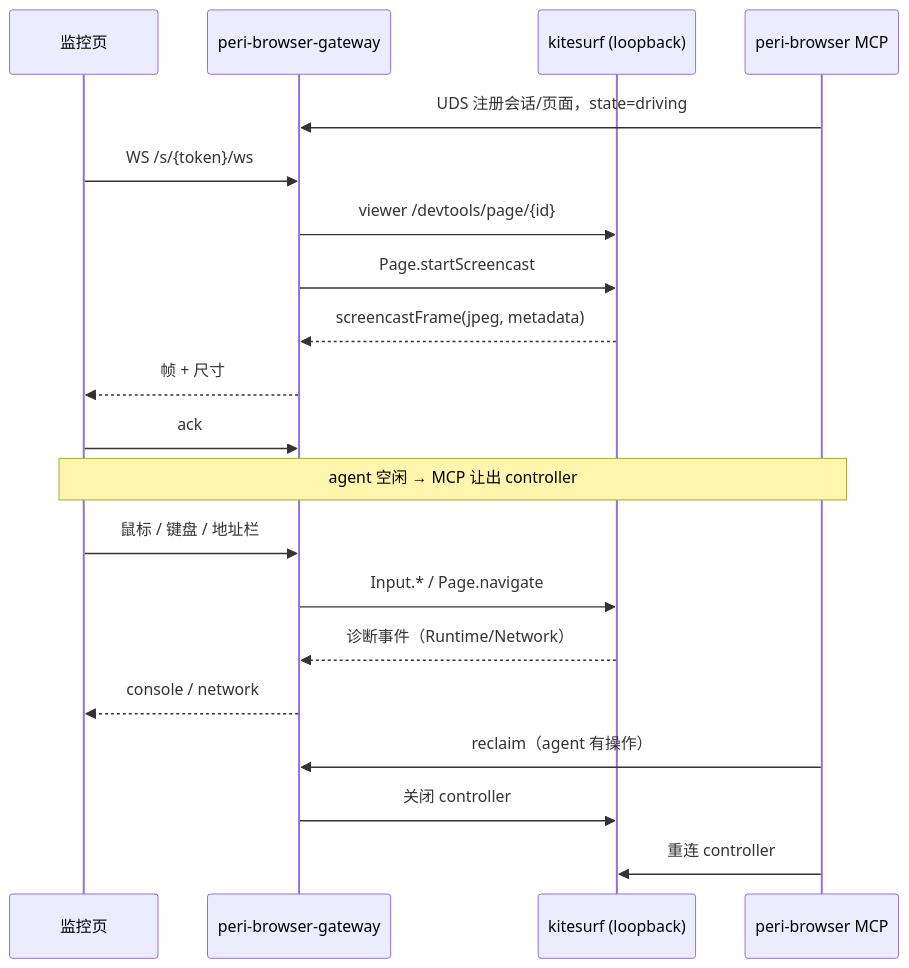
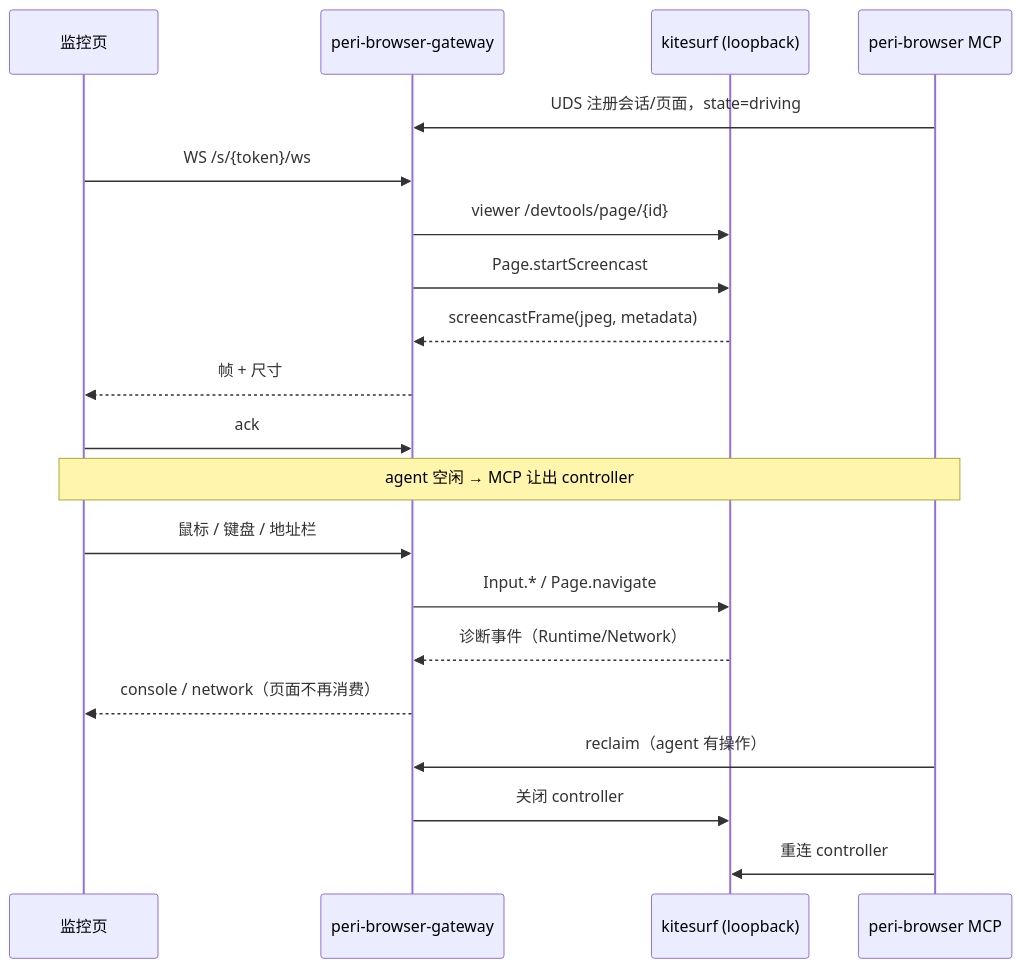
One commit to KonghaYao/peri changed the third of 3 diagrams in mcp-packages/peri-browser/README.md. Above: the diagram before and after it, drawn with Mermaid. The commit also changed other lines of this file and 2 other files, not shown here.

````diff
--- a/mcp-packages/peri-browser/README.md
+++ b/mcp-packages/peri-browser/README.md
@@ -180,22 +180,22 @@
 ```mermaid
 sequenceDiagram
   participant W as 监控页
   participant G as peri-browser-gateway
   participant K as kitesurf (loopback)
   participant M as peri-browser MCP
   M->>G: UDS 注册会话/页面，state=driving
   W->>G: WS /s/{token}/ws
   G->>K: viewer /devtools/page/{id}
   G->>K: Page.startScreencast
   K-->>G: screencastFrame(jpeg, metadata)
   G-->>W: 帧 + 尺寸
   W->>G: ack
   Note over W,M: agent 空闲 → MCP 让出 controller
   W->>G: 鼠标 / 键盘 / 地址栏
   G->>K: Input.* / Page.navigate
   K-->>G: 诊断事件（Runtime/Network）
-  G-->>W: console / network
+  G-->>W: console / network（页面不再消费）
   M->>G: reclaim（agent 有操作）
   G->>K: 关闭 controller
   M->>K: 重连 controller
 ```
````
